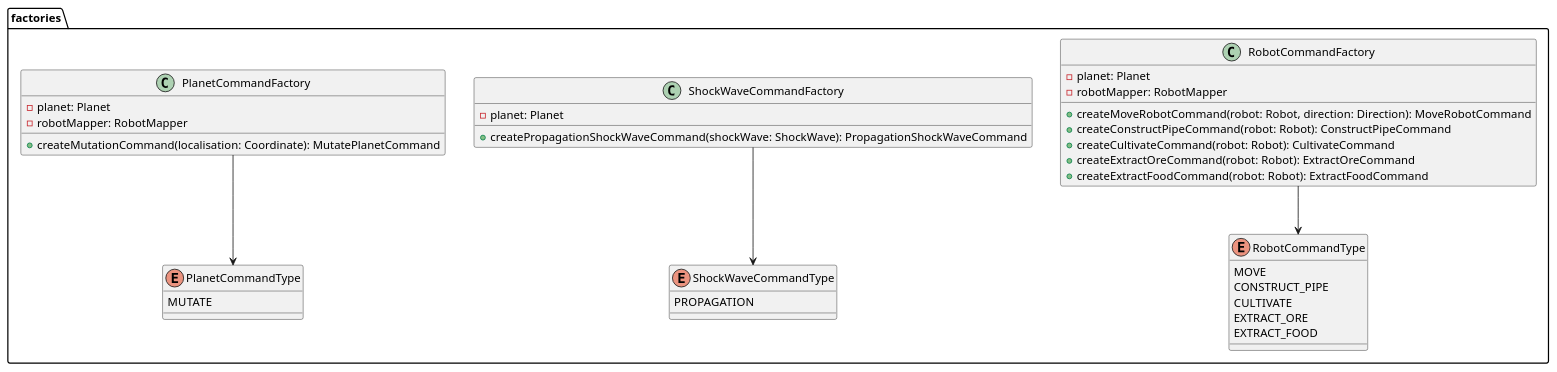
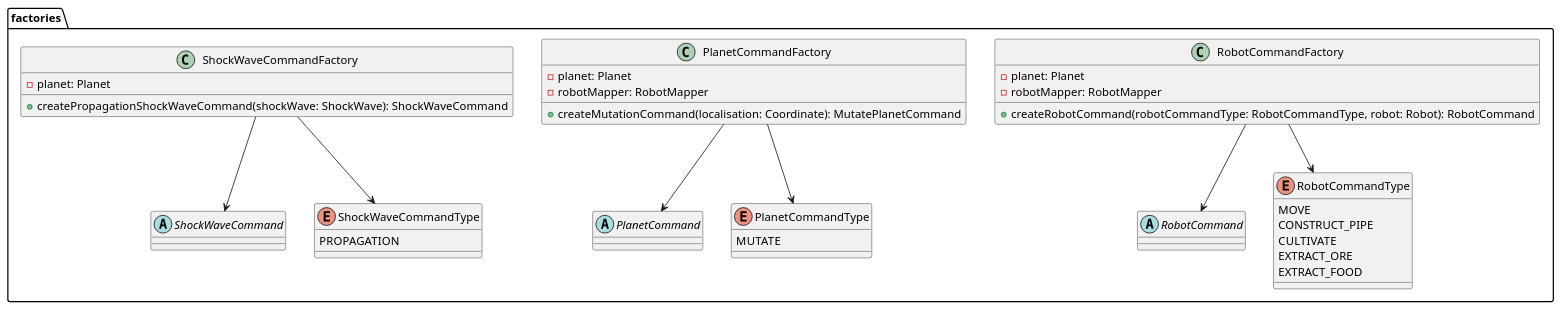
Before and after one commit to LEBOCQTitouan/ia-ensicaen-colonisation: the diagram in uml/model/commands/Intermediator-command-factories.puml, drawn with PlantUML. The commit also changed 6 other files, not shown here.

Commit message:
Update on the command factory design (implementing abstact classes for better upgrade possibilities)

```diff
--- a/uml/model/commands/Intermediator-command-factories.puml
+++ b/uml/model/commands/Intermediator-command-factories.puml
@@ -1,47 +1,51 @@
 @startuml
 'https://plantuml.com/class-diagram
 
 package factories {
+        abstract class RobotCommand {}
+        abstract class ShockWaveCommand {}
+        abstract class PlanetCommand {}
+
+        RobotCommandFactory --> RobotCommand
+        PlanetCommandFactory --> PlanetCommand
+        ShockWaveCommandFactory --> ShockWaveCommand
+
         class RobotCommandFactory {
             -planet: Planet
             -robotMapper: RobotMapper
-            +createMoveRobotCommand(robot: Robot, direction: Direction): MoveRobotCommand
-            +createConstructPipeCommand(robot: Robot): ConstructPipeCommand
-            +createCultivateCommand(robot: Robot): CultivateCommand
-            +createExtractOreCommand(robot: Robot): ExtractOreCommand
-            +createExtractFoodCommand(robot: Robot): ExtractFoodCommand
+            +createRobotCommand(robotCommandType: RobotCommandType, robot: Robot): RobotCommand
         }
 
         class ShockWaveCommandFactory {
             -planet: Planet
-            +createPropagationShockWaveCommand(shockWave: ShockWave): PropagationShockWaveCommand
+            +createPropagationShockWaveCommand(shockWave: ShockWave): ShockWaveCommand
         }
 
         class PlanetCommandFactory {
             -planet: Planet
             -robotMapper: RobotMapper
             +createMutationCommand(localisation: Coordinate): MutatePlanetCommand
         }
 
         enum RobotCommandType {
             MOVE
             CONSTRUCT_PIPE
             CULTIVATE
             EXTRACT_ORE
             EXTRACT_FOOD
         }
 
         enum ShockWaveCommandType {
             PROPAGATION
         }
 
         enum PlanetCommandType {
             MUTATE
         }
 
         RobotCommandFactory --> RobotCommandType
         ShockWaveCommandFactory --> ShockWaveCommandType
         PlanetCommandFactory --> PlanetCommandType
     }
 
 @enduml
```
